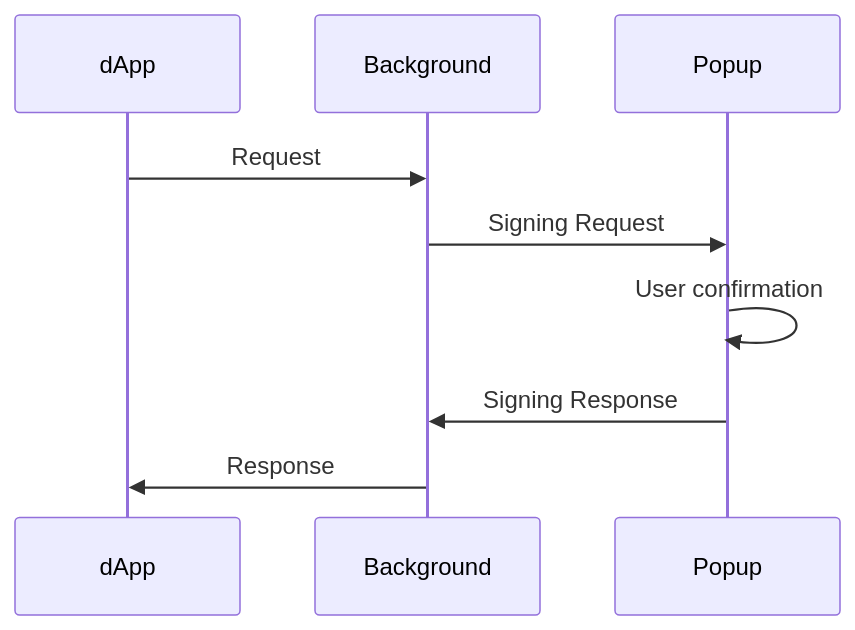
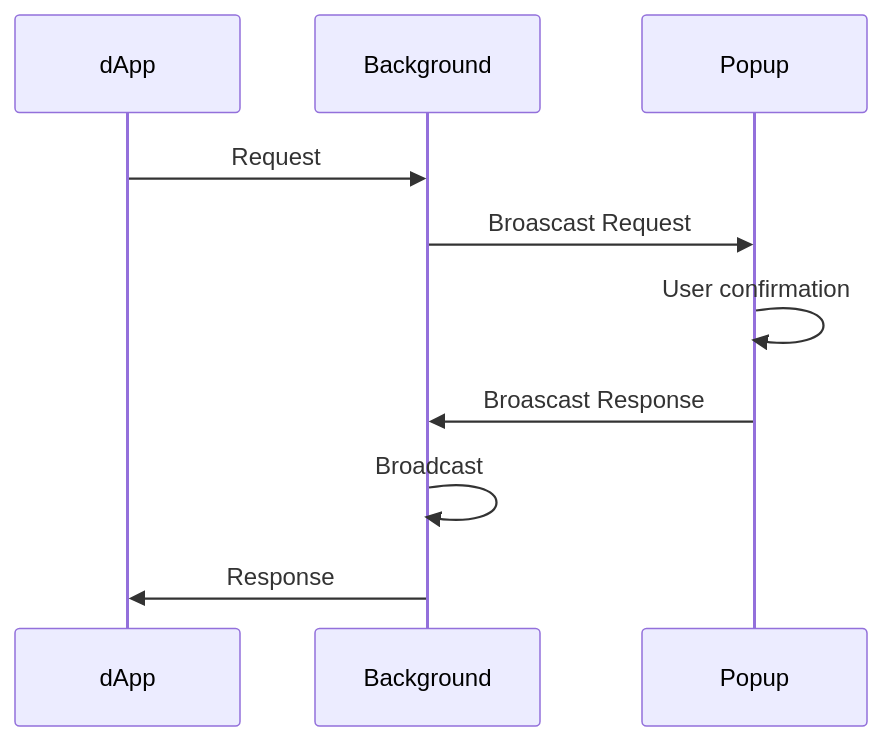
One commit to airgap-it/beacon-sdk changed the fifth of 5 diagrams in flows/Ledger.md. Above: the diagram before and after it, drawn with Mermaid. The commit also changed other lines of this file and 3 other files, not shown here.

Commit message:
feat(flows): update flows

````diff
--- a/flows/Ledger.md
+++ b/flows/Ledger.md
@@ -63,10 +62,12 @@
 ```mermaid
 sequenceDiagram
     dApp->>Background: Request
 
-    Background->>Popup: Signing Request
+    Background->>Popup: Broascast Request
     Popup->>Popup: User confirmation
-    Popup->>Background: Signing Response
+    Popup->>Background: Broascast Response
+
+    Background->>Background: Broadcast
 
     Background->>dApp: Response
 ```
````
